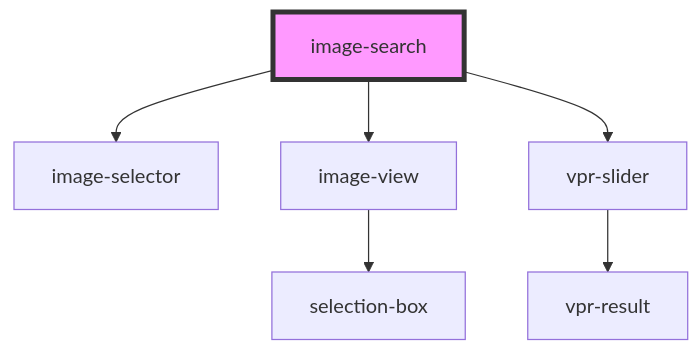
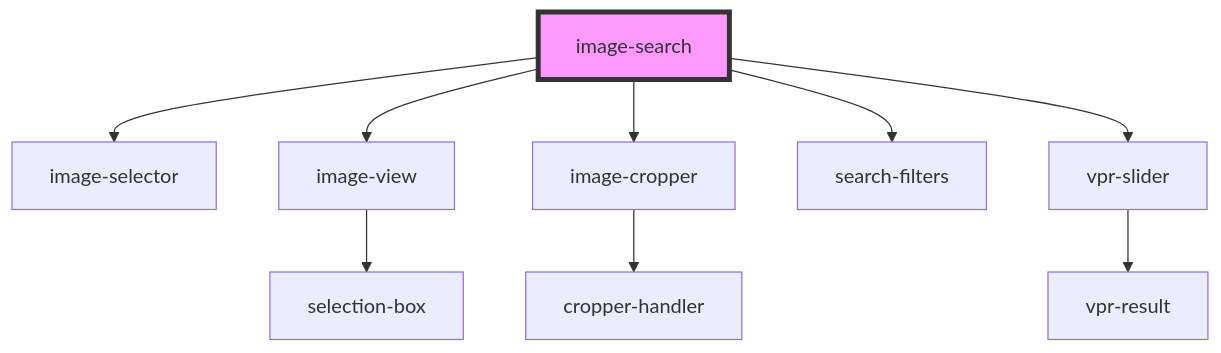
Before and after one commit to vviinn/widgets: the diagram in src/components/image-search/readme.md, drawn with Mermaid. The commit also changed other lines of this file and 3 other files, not shown here.

````diff
--- a/src/components/image-search/readme.md
+++ b/src/components/image-search/readme.md
@@ -31,9 +33,12 @@
 ```mermaid
 graph TD;
   image-search --> image-selector
   image-search --> image-view
+  image-search --> image-cropper
+  image-search --> search-filters
   image-search --> vpr-slider
   image-view --> selection-box
+  image-cropper --> cropper-handler
   vpr-slider --> vpr-result
   style image-search fill:#f9f,stroke:#333,stroke-width:4px
 ```
````
